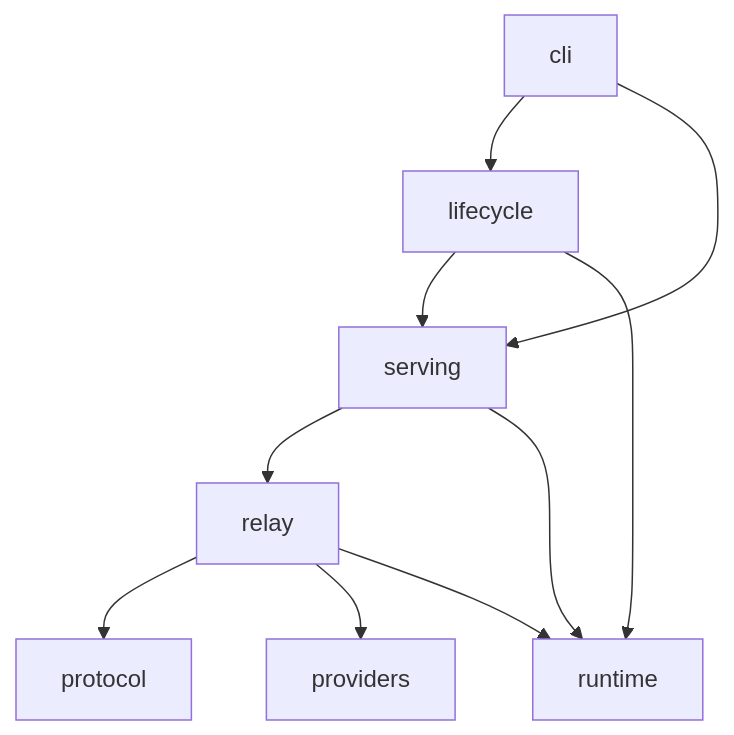
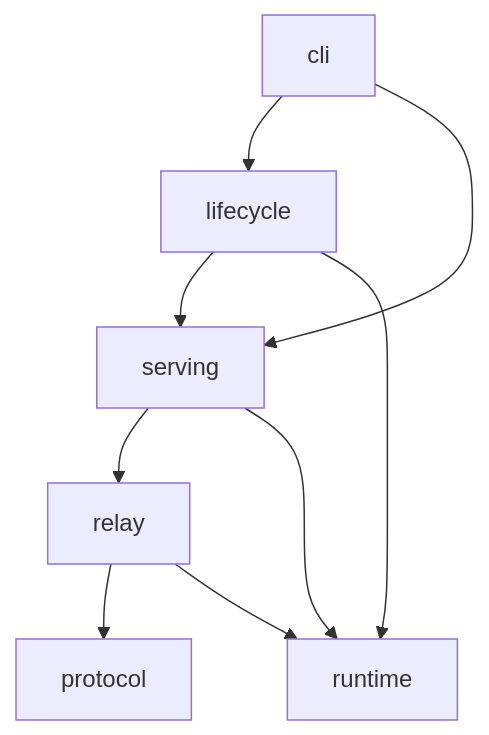
The second of 5 diagrams in docs/architecture/authority-and-runtime-boundary.md (HengYangDS/openai-responses-proxy), drawn with Mermaid before and after one commit. The commit also changed other lines of this file and 92 other files, not shown here.

````diff
--- a/docs/architecture/authority-and-runtime-boundary.md
+++ b/docs/architecture/authority-and-runtime-boundary.md
@@ -58,12 +58,11 @@
 ```mermaid
 flowchart TD
     CLI["cli"] --> LIFE["lifecycle"]
     CLI --> SERVING["serving"]
     LIFE --> SERVING
     SERVING --> RELAY["relay"]
     RELAY --> PROTOCOL["protocol"]
-    RELAY --> PROVIDERS["providers"]
     LIFE --> RUNTIME["runtime"]
     SERVING --> RUNTIME
     RELAY --> RUNTIME
 ```
````
